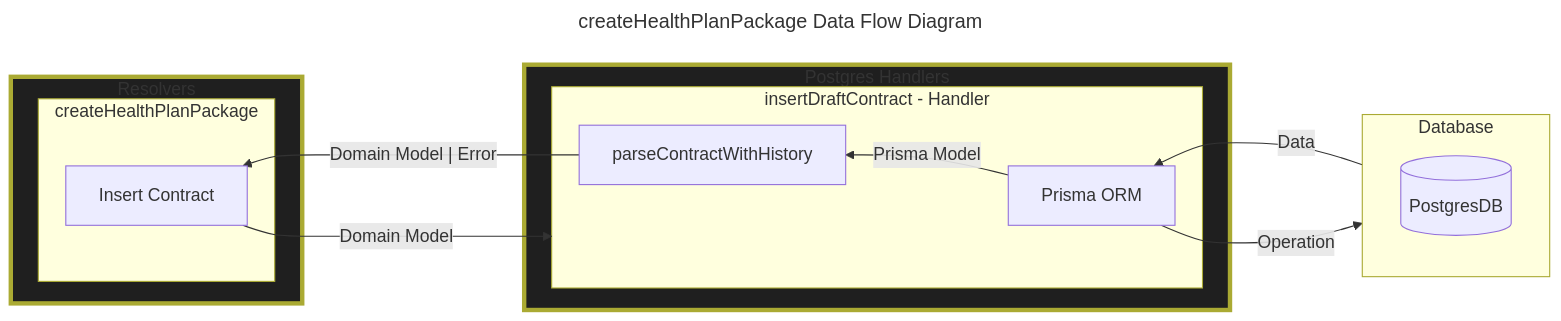
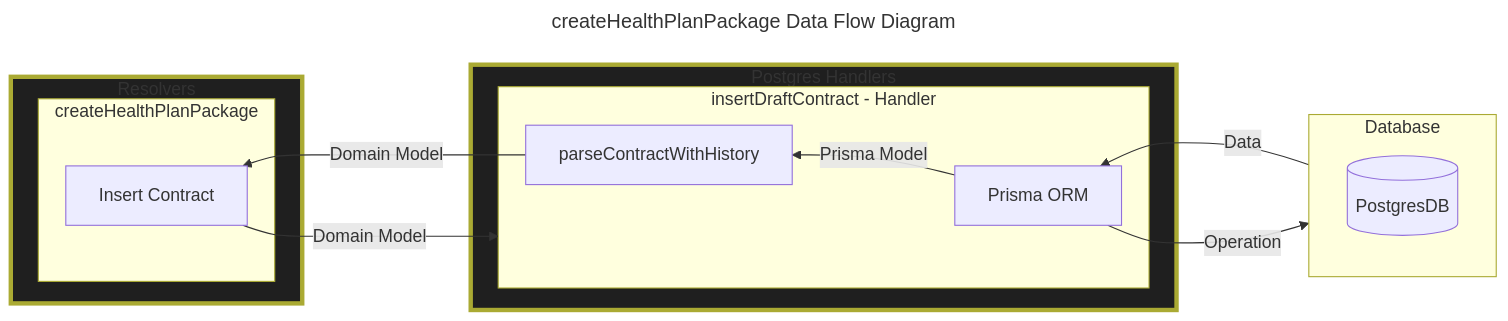
The second of 2 diagrams in docs/technical-design/resovler-design.md (Enterprise-CMCS/managed-care-review), drawn with Mermaid before and after one commit. The commit also changed other lines of this file, not shown here.

Commit message:
Fix some mermaid markdown errors.

````diff
--- a/docs/technical-design/resovler-design.md
+++ b/docs/technical-design/resovler-design.md
@@ -97,33 +97,33 @@
 ```mermaid
 ---
 title: createHealthPlanPackage Data Flow Diagram
 ---
 flowchart RL
     subgraph resolver[Resolvers]
       subgraph createHealthPlanPackage[createHealthPlanPackage]
         callInsertContract[Insert Contract]
       end 
     end
     
     subgraph postgresHandlers[Postgres Handlers]
       subgraph insertContractHandler[insertDraftContract - Handler]
         prismaOrm[Prisma ORM]
         parseContractWithHistory[parseContractWithHistory]
 
         prismaOrm -- Prisma Model --> parseContractWithHistory
       end 
     end
     
     subgraph dbContainer[Database]
       postgresDB[(PostgresDB)]
     end
 
     callInsertContract -- Domain Model --> insertContractHandler
-    parseContractWithHistory -- Domain Model | Error --> callInsertContract
+    parseContractWithHistory -- Domain Model --> callInsertContract
 
     prismaOrm -- Operation --> dbContainer
     dbContainer -- Data --> prismaOrm
 
-    style resolver stroke:,stroke-width:4px,fill:#1f1f1f;
-    style postgresHandlers stroke:,stroke-width:4px,fill:#1f1f1f;
+    style resolver stroke-width:4px,fill:#1f1f1f;
+    style postgresHandlers stroke-width:4px,fill:#1f1f1f;
 ```
````
